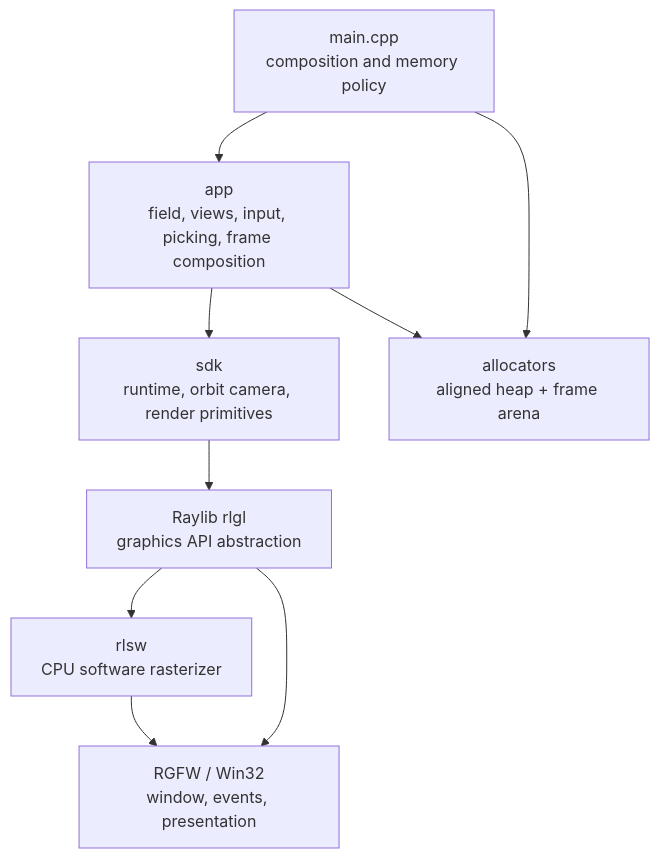
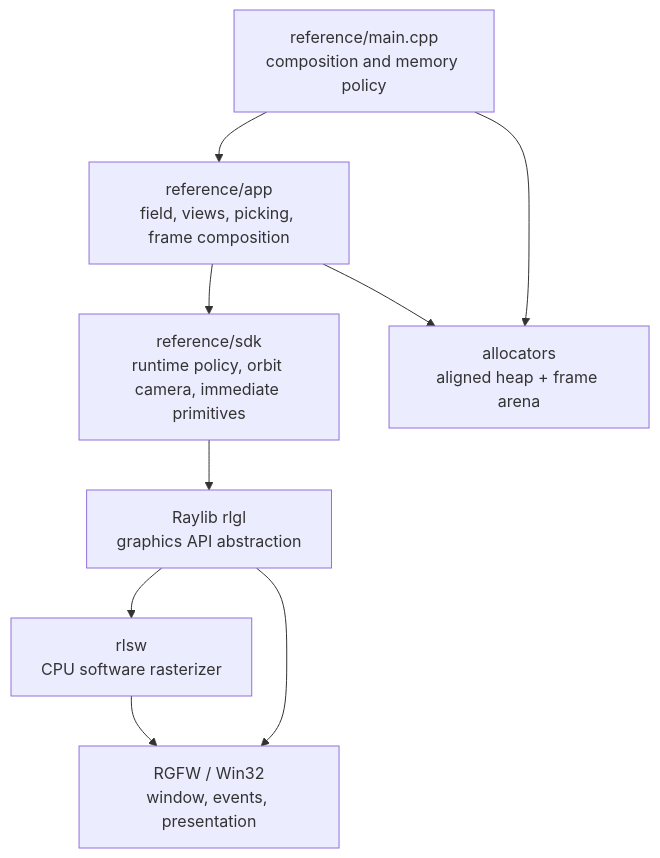
One commit to michael-weems/raylib_practice changed the fourth of 11 diagrams in REPORT.md. Above: the diagram before and after it, drawn with Mermaid. The commit also changed other lines of this file and 43 other files, not shown here.

````diff
--- a/REPORT.md
+++ b/REPORT.md
@@ -394,18 +403,18 @@
 ```mermaid
 flowchart TD
-    M["main.cpp<br/>composition and memory policy"]
-    A["app<br/>field, views, input, picking, frame composition"]
-    S["sdk<br/>runtime, orbit camera, render primitives"]
+    M["reference/main.cpp<br/>composition and memory policy"]
+    A["reference/app<br/>field, views, picking, frame composition"]
+    S["reference/sdk<br/>runtime policy, orbit camera, immediate primitives"]
     R["Raylib rlgl<br/>graphics API abstraction"]
     W["rlsw<br/>CPU software rasterizer"]
     P["RGFW / Win32<br/>window, events, presentation"]
 
     M --> A
     M --> AL["allocators<br/>aligned heap + frame arena"]
     A --> S
     A --> AL
     S --> R
     R --> W
     R --> P
     W --> P
 ```
````
